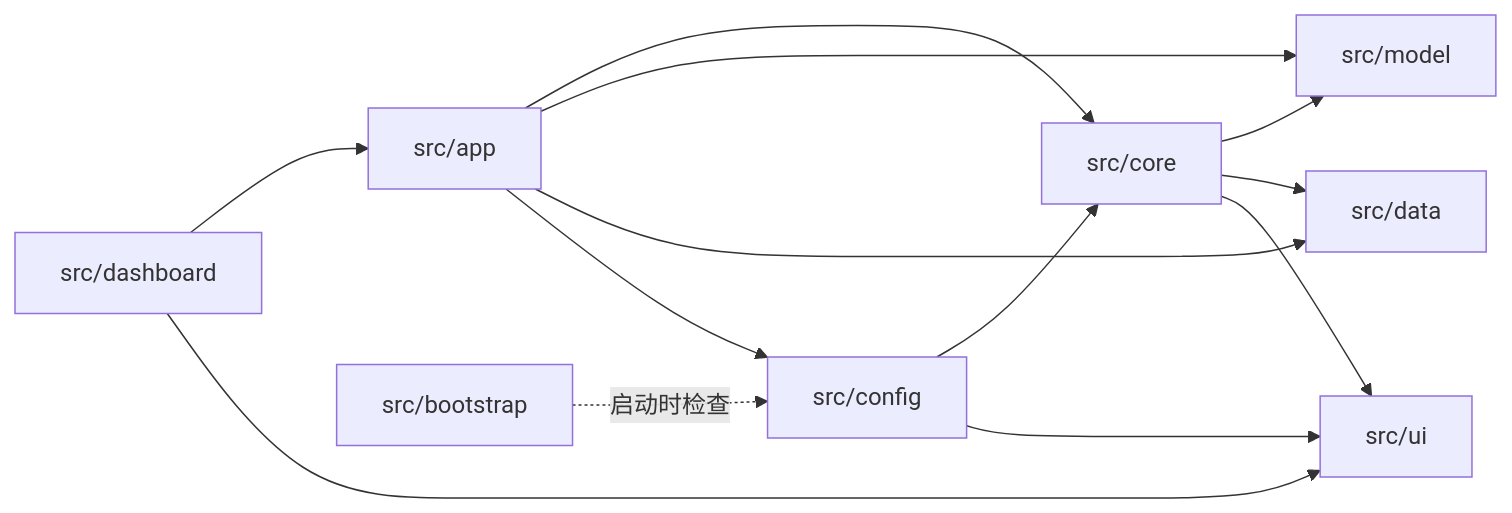
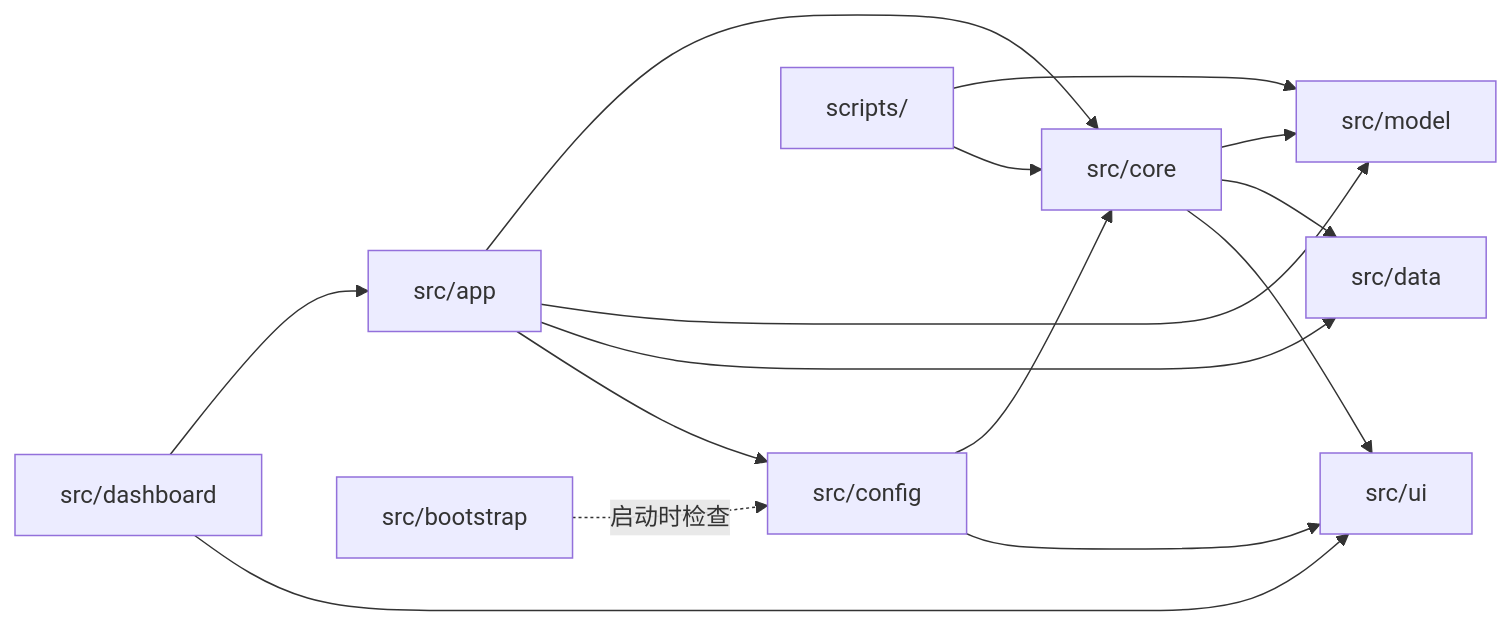
One commit to DeltMchey/Fatalis_Prediction changed the diagram in obsidian/Architecture/Module_Design.md. Above: the diagram before and after it, drawn with Mermaid. The commit also changed other lines of this file and 7 other files, not shown here.

Commit message:
docs(vault): update Architecture and Development pages for v1.2.0 (ADR-P6.1, releases, 766 tests)

````diff
--- a/obsidian/Architecture/Module_Design.md
+++ b/obsidian/Architecture/Module_Design.md
@@ -204,15 +237,17 @@
 ```mermaid
 graph LR
     CFG[src/config] --> CORE[src/core]
     CORE --> MODEL[src/model]
     CORE --> DATA[src/data]
     CORE --> UI[src/ui]
     CFG --> UI
     APP[src/app] --> CORE
     APP --> MODEL
     APP --> DATA
     APP --> CFG
     DASH[src/dashboard] --> APP
     DASH --> UI
     BOOT[src/bootstrap] -.->|启动时检查| CFG
+    SCRIPTS[scripts/] --> MODEL
+    SCRIPTS --> CORE
 ```
````
